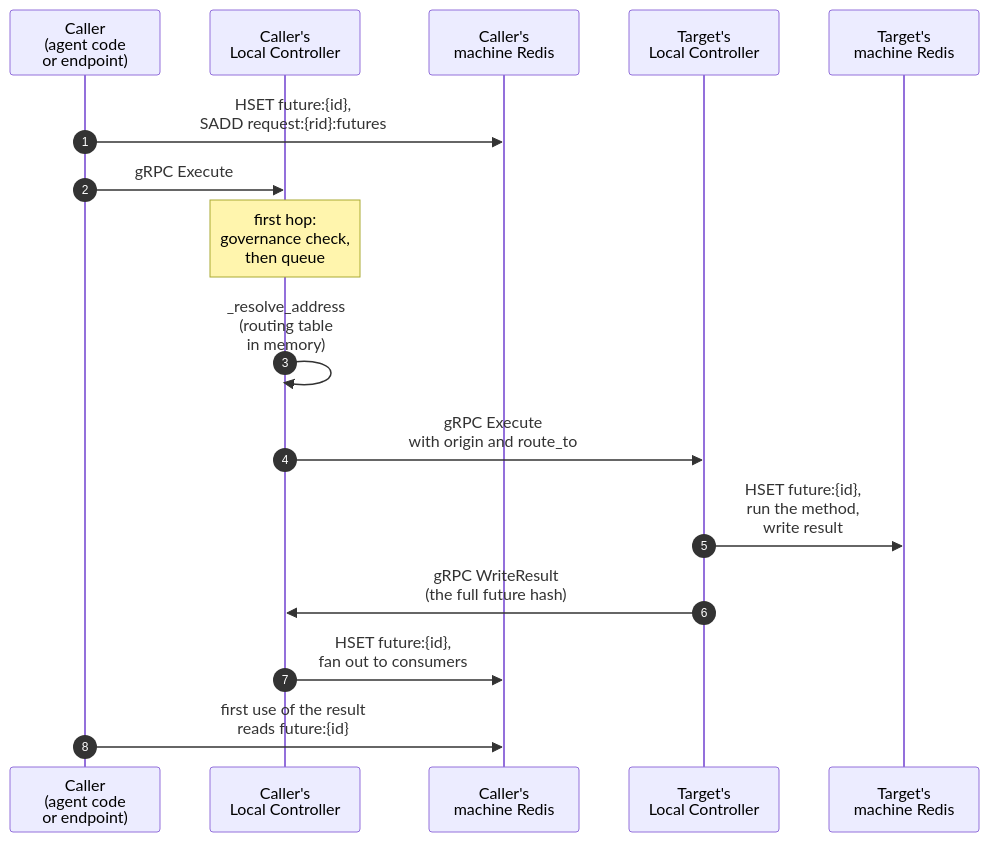
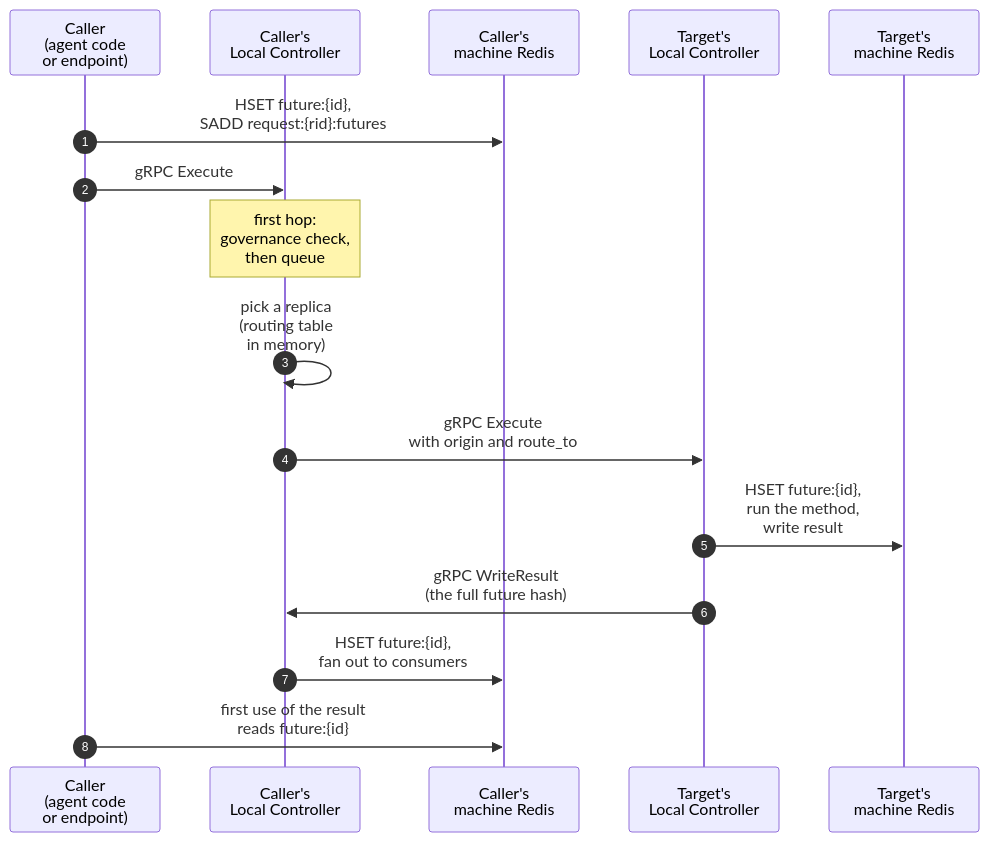
Before and after one commit to CanyonCodeCoreAI/canyonos: the diagram in docs/architecture/CONTROLLER.md, drawn with Mermaid. The commit also changed other lines of this file and 8 other files, not shown here.

````diff
--- a/docs/architecture/CONTROLLER.md
+++ b/docs/architecture/CONTROLLER.md
@@ -296,19 +142,19 @@
 ```mermaid
 sequenceDiagram
     autonumber
     participant S as Caller<br/>(agent code<br/>or endpoint)
     participant OL as Caller's<br/>Local Controller
     participant OR as Caller's<br/>machine Redis
     participant TL as Target's<br/>Local Controller
     participant TR as Target's<br/>machine Redis
 
     S->>OR: HSET future:{id},<br/>SADD request:{rid}:futures
     S->>OL: gRPC Execute
     Note over OL: first hop:<br/>governance check,<br/>then queue
-    OL->>OL: _resolve_address<br/>(routing table<br/>in memory)
+    OL->>OL: pick a replica<br/>(routing table<br/>in memory)
     OL->>TL: gRPC Execute<br/>with origin and route_to
     TL->>TR: HSET future:{id},<br/>run the method,<br/>write result
     TL->>OL: gRPC WriteResult<br/>(the full future hash)
     OL->>OR: HSET future:{id},<br/>fan out to consumers
     S->>OR: first use of the result<br/>reads future:{id}
 ```
````
